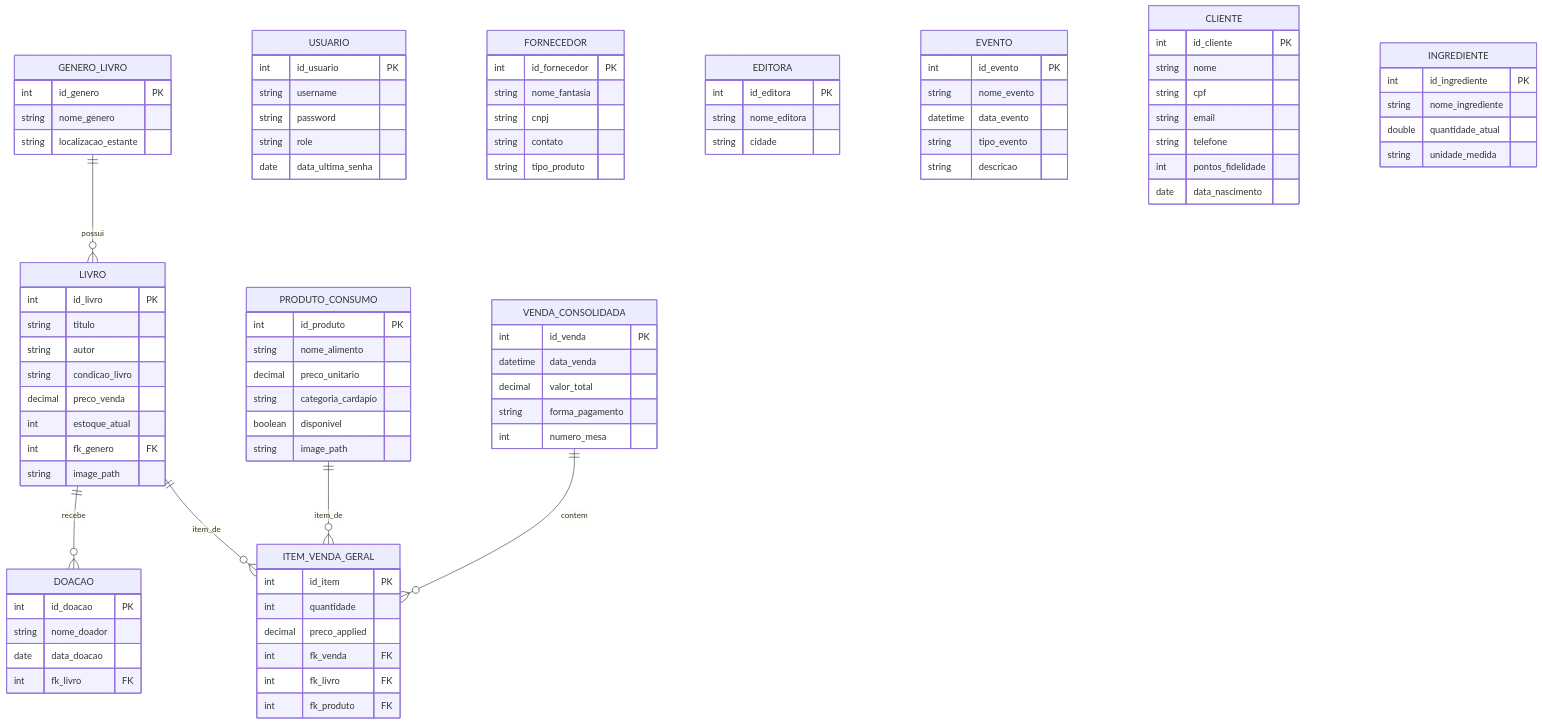
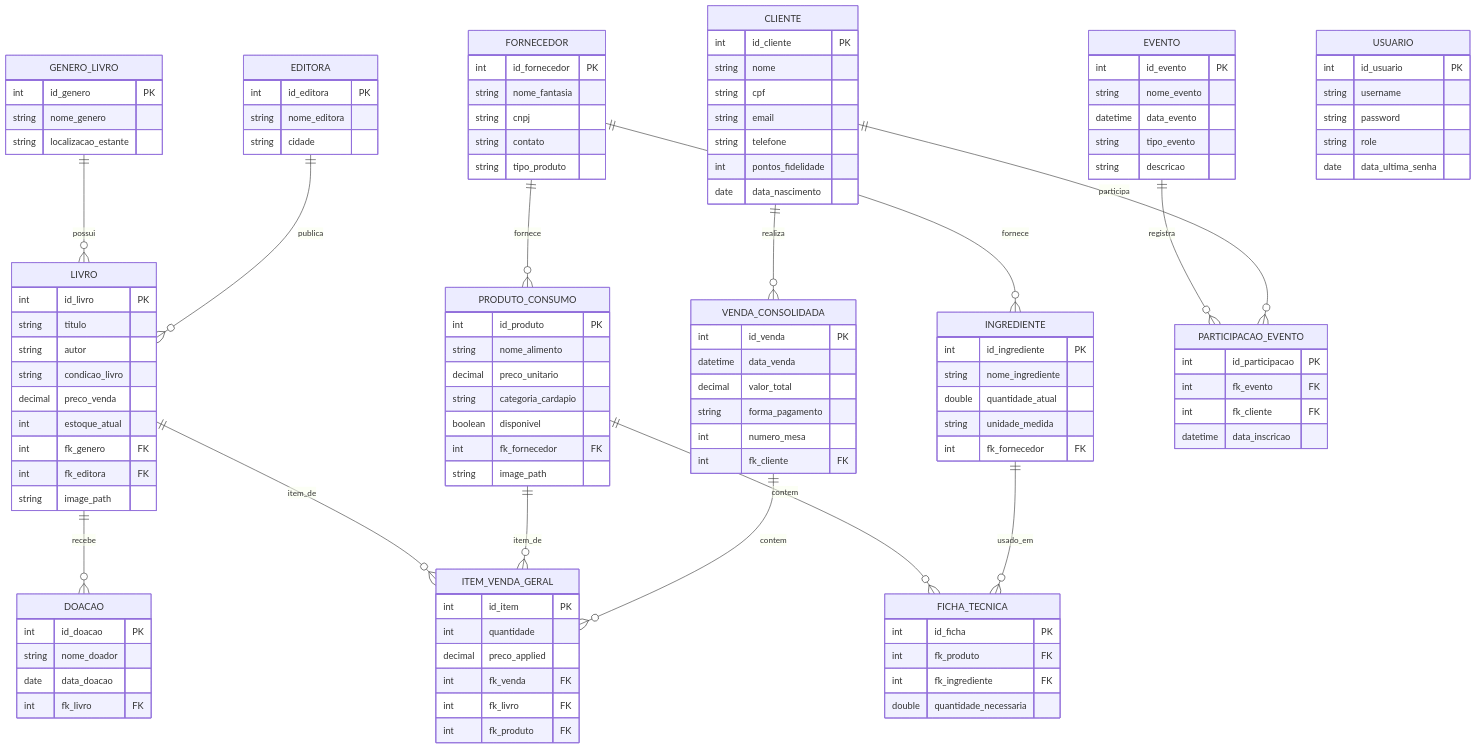
One commit to BarbaraVSilva/CoffeeANDBooks changed the diagram in README.md. Above: the diagram before and after it, drawn with Mermaid. The commit also changed 4 other files, not shown here.

Commit message:
docs/db: conecta tabelas no DER, DDL e cria tabelas associativas ficha tecnica e participacao evento

````diff
--- a/README.md
+++ b/README.md
@@ -23,55 +23,30 @@
 ```mermaid
 erDiagram
     GENERO_LIVRO ||--o{ LIVRO : "possui"
+    EDITORA ||--o{ LIVRO : "publica"
+    FORNECEDOR ||--o{ INGREDIENTE : "fornece"
+    FORNECEDOR ||--o{ PRODUTO_CONSUMO : "fornece"
+    CLIENTE ||--o{ VENDA_CONSOLIDADA : "realiza"
     LIVRO ||--o{ DOACAO : "recebe"
     LIVRO ||--o{ ITEM_VENDA_GERAL : "item_de"
     PRODUTO_CONSUMO ||--o{ ITEM_VENDA_GERAL : "item_de"
     VENDA_CONSOLIDADA ||--o{ ITEM_VENDA_GERAL : "contem"
+    
+    PRODUTO_CONSUMO ||--o{ FICHA_TECNICA : "contem"
+    INGREDIENTE ||--o{ FICHA_TECNICA : "usado_em"
+    
+    EVENTO ||--o{ PARTICIPACAO_EVENTO : "registra"
+    CLIENTE ||--o{ PARTICIPACAO_EVENTO : "participa"
     
     GENERO_LIVRO {
         int id_genero PK
         string nome_genero
         string localizacao_estante
     }
-    LIVRO {
-        int id_livro PK
-        string titulo
-        string autor
-        string condicao_livro
-        decimal preco_venda
-        int estoque_atual
-        int fk_genero FK
-        string image_path
-    }
-    PRODUTO_CONSUMO {
-        int id_produto PK
-        string nome_alimento
-        decimal preco_unitario
-        string categoria_cardapio
-        boolean disponivel
-        string image_path
-    }
-    VENDA_CONSOLIDADA {
-        int id_venda PK
-        datetime data_venda
-        decimal valor_total
-        string forma_pagamento
-        int numero_mesa
-    }
-    ITEM_VENDA_GERAL {
-        int id_item PK
-        int quantidade
-        decimal preco_applied
-        int fk_venda FK
-        int fk_livro FK
-        int fk_produto FK
-    }
-    USUARIO {
-        int id_usuario PK
-        string username
-        string password
-        string role
-        date data_ultima_senha
+    EDITORA {
+        int id_editora PK
+        string nome_editora
+        string cidade
     }
     FORNECEDOR {
         int id_fornecedor PK
@@ -79,24 +54,6 @@
         string cnpj
         string contato
         string tipo_produto
-    }
-    EDITORA {
-        int id_editora PK
-        string nome_editora
-        string cidade
-    }
-    EVENTO {
-        int id_evento PK
-        string nome_evento
-        datetime data_evento
-        string tipo_evento
-        string descricao
-    }
-    DOACAO {
-        int id_doacao PK
-        string nome_doador
-        date data_doacao
-        int fk_livro FK
     }
     CLIENTE {
         int id_cliente PK
@@ -107,10 +64,79 @@
         int pontos_fidelidade
         date data_nascimento
     }
+    LIVRO {
+        int id_livro PK
+        string titulo
+        string autor
+        string condicao_livro
+        decimal preco_venda
+        int estoque_atual
+        int fk_genero FK
+        int fk_editora FK
+        string image_path
+    }
+    PRODUTO_CONSUMO {
+        int id_produto PK
+        string nome_alimento
+        decimal preco_unitario
+        string categoria_cardapio
+        boolean disponivel
+        int fk_fornecedor FK
+        string image_path
+    }
     INGREDIENTE {
         int id_ingrediente PK
         string nome_ingrediente
         double quantidade_atual
         string unidade_medida
+        int fk_fornecedor FK
+    }
+    VENDA_CONSOLIDADA {
+        int id_venda PK
+        datetime data_venda
+        decimal valor_total
+        string forma_pagamento
+        int numero_mesa
+        int fk_cliente FK
+    }
+    ITEM_VENDA_GERAL {
+        int id_item PK
+        int quantidade
+        decimal preco_applied
+        int fk_venda FK
+        int fk_livro FK
+        int fk_produto FK
+    }
+    DOACAO {
+        int id_doacao PK
+        string nome_doador
+        date data_doacao
+        int fk_livro FK
+    }
+    USUARIO {
+        int id_usuario PK
+        string username
+        string password
+        string role
+        date data_ultima_senha
+    }
+    EVENTO {
+        int id_evento PK
+        string nome_evento
+        datetime data_evento
+        string tipo_evento
+        string descricao
+    }
+    FICHA_TECNICA {
+        int id_ficha PK
+        int fk_produto FK
+        int fk_ingrediente FK
+        double quantidade_necessaria
+    }
+    PARTICIPACAO_EVENTO {
+        int id_participacao PK
+        int fk_evento FK
+        int fk_cliente FK
+        datetime data_inscricao
     }
 ```
````
